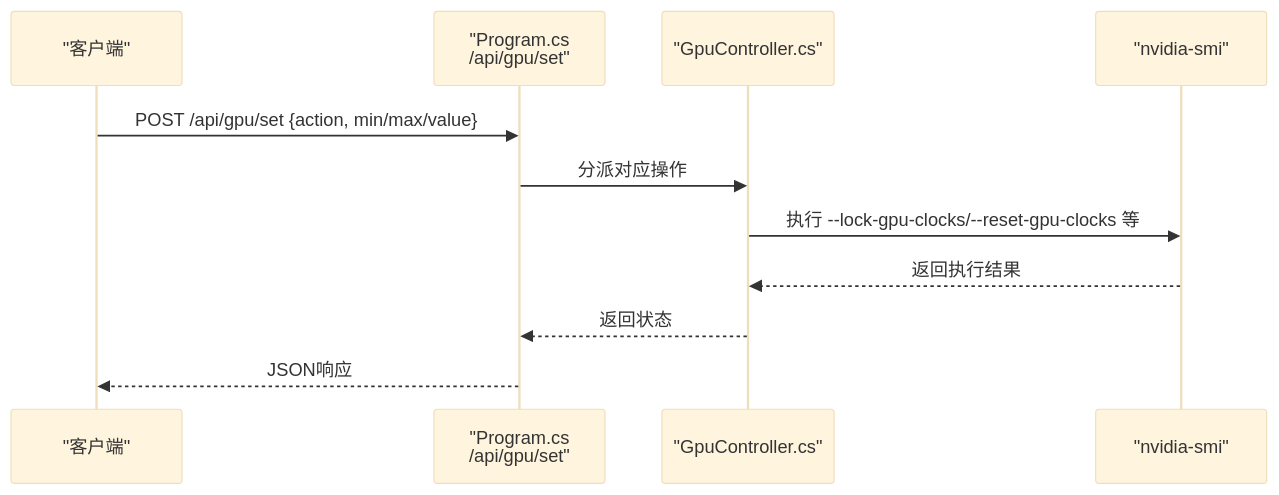
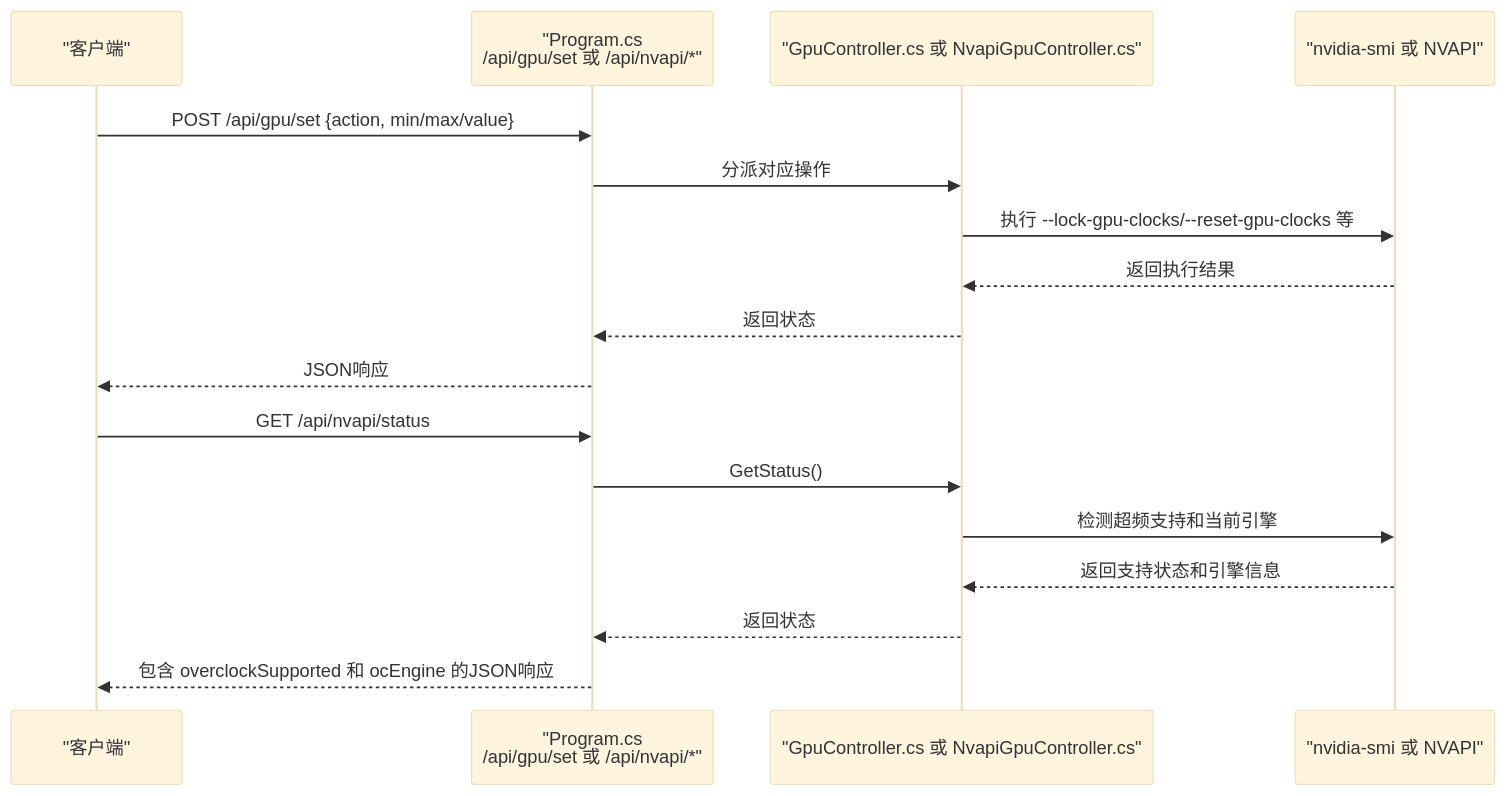
The second of 6 diagrams in .qoder/repowiki/zh/content/API参考文档/GPU控制器API.md (KanzakiK/DOUZHANZHE-Control), drawn with Mermaid (base theme) before and after one commit. The commit also changed other lines of this file and 27 other files, not shown here.

````diff
--- a/.qoder/repowiki/zh/content/API参考文档/GPU控制器API.md
+++ b/.qoder/repowiki/zh/content/API参考文档/GPU控制器API.md
@@ -95,13 +109,19 @@
 ```mermaid
 sequenceDiagram
 participant Client as "客户端"
-participant API as "Program.cs<br/>/api/gpu/set"
-participant Ctrl as "GpuController.cs"
-participant SMI as "nvidia-smi"
+participant API as "Program.cs<br/>/api/gpu/set 或 /api/nvapi/*"
+participant Ctrl as "GpuController.cs 或 NvapiGpuController.cs"
+participant SMI as "nvidia-smi 或 NVAPI"
 Client->>API : POST /api/gpu/set {action, min/max/value}
 API->>Ctrl : 分派对应操作
 Ctrl->>SMI : 执行 --lock-gpu-clocks/--reset-gpu-clocks 等
 SMI-->>Ctrl : 返回执行结果
 Ctrl-->>API : 返回状态
 API-->>Client : JSON响应
+Client->>API : GET /api/nvapi/status
+API->>Ctrl : GetStatus()
+Ctrl->>SMI : 检测超频支持和当前引擎
+SMI-->>Ctrl : 返回支持状态和引擎信息
+Ctrl-->>API : 返回状态
+API-->>Client : 包含 overclockSupported 和 ocEngine 的JSON响应
 ```
````
